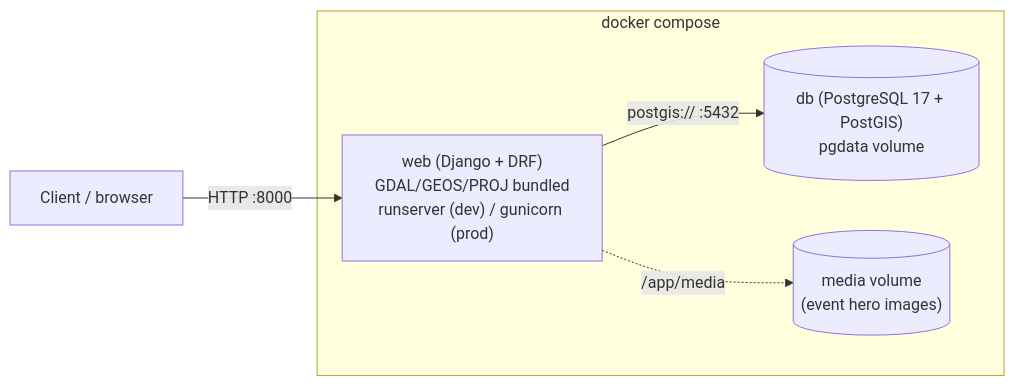
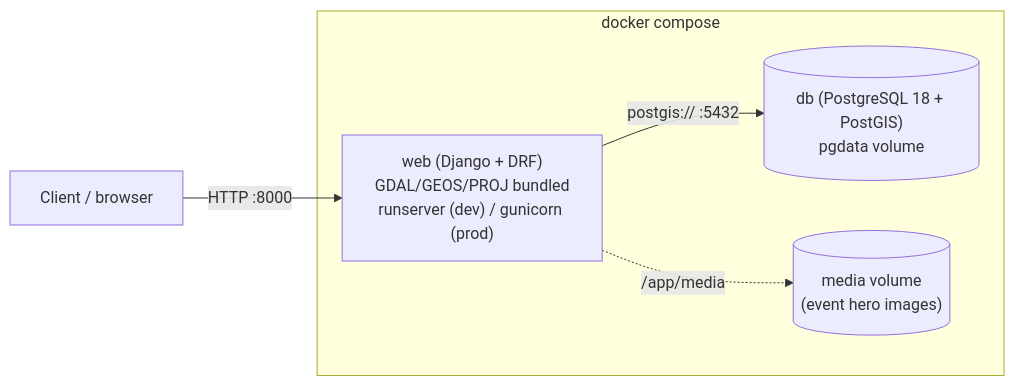
One commit to Terminschleuder/backend changed the first of 4 diagrams in docs/architecture.md. Above: the diagram before and after it, drawn with Mermaid. The commit also changed other lines of this file and 2 other files, not shown here.

````diff
--- a/docs/architecture.md
+++ b/docs/architecture.md
@@ -27,12 +27,12 @@
 ```mermaid
 flowchart LR
     Client["Client / browser"] -->|HTTP :8000| Web
 
     subgraph compose["docker compose"]
         Web["web (Django + DRF)\nGDAL/GEOS/PROJ bundled\nrunserver (dev) / gunicorn (prod)"]
-        DB[("db (PostgreSQL 17 + PostGIS)\npgdata volume")]
+        DB[("db (PostgreSQL 18 + PostGIS)\npgdata volume")]
         Media[("media volume\n(event hero images)")]
         Web -->|postgis:// :5432| DB
         Web -.->|/app/media| Media
     end
 ```
````
